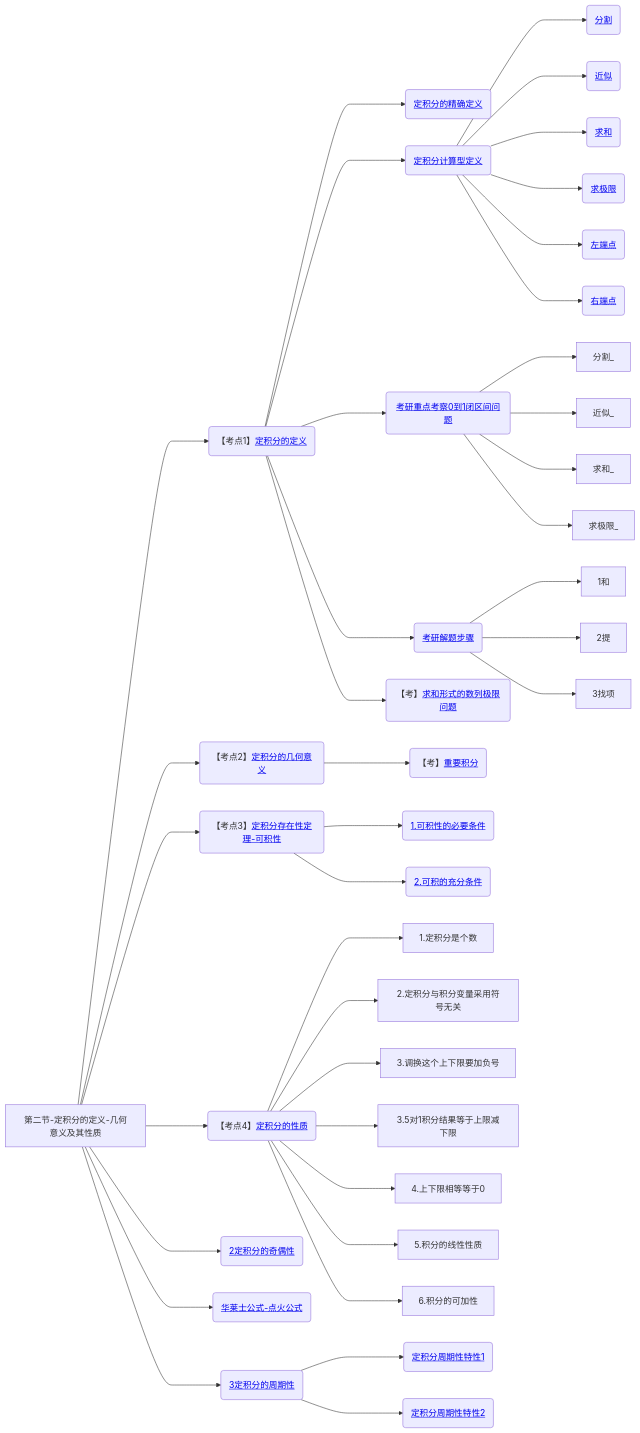
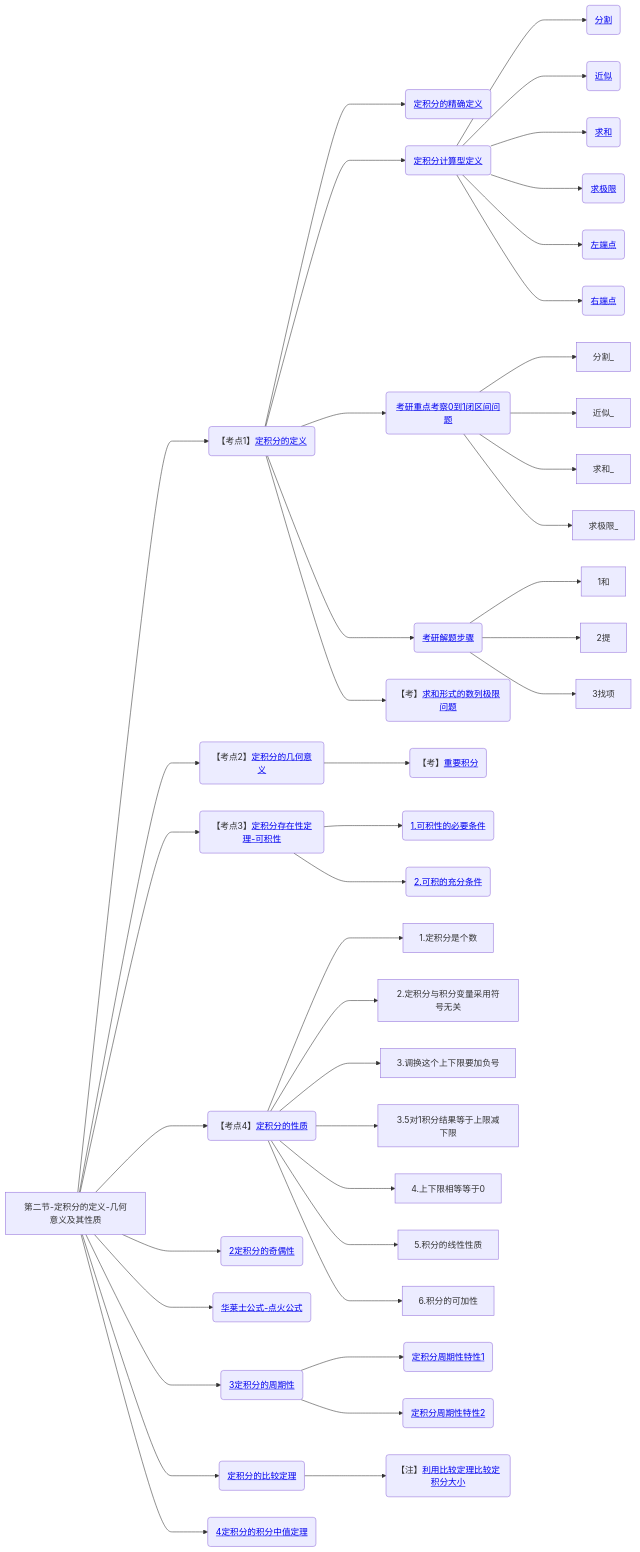
Before and after one commit to yuebinghui/note: diagram 19 of 19 in 笔记/数学/周洋鑫/01.基础班思维导图.md, drawn with Mermaid. The commit also changed 10 other files, not shown here.

````diff
--- a/笔记/数学/周洋鑫/01.基础班思维导图.md
+++ b/笔记/数学/周洋鑫/01.基础班思维导图.md
@@ -694,58 +694,63 @@
 ```mermaid
 graph LR
 第二节-定积分的定义-几何意义及其性质
 
 第二节-定积分的定义-几何意义及其性质--->定积分的定义(【考点1】<a href="/Users/yuebinghui/Documents/program/github/note/笔记/数学/周洋鑫/基础班/21.定积分的定义_1.md#定积分的定义">定积分的定义</>)
 
 定积分的定义--->定积分的精确定义(<a href="/Users/yuebinghui/Documents/program/github/note/笔记/数学/周洋鑫/基础班/21.定积分的定义_1.md#定积分的精确定义">定积分的精确定义</>)
 定积分的精确定义
 定积分的定义--->定积分计算型定义(<a href="/Users/yuebinghui/Documents/program/github/note/笔记/数学/周洋鑫/基础班/21.定积分的定义_1.md#定积分计算型定义">定积分计算型定义</>)
 定积分计算型定义--->分割(<a href="/Users/yuebinghui/Documents/program/github/note/笔记/数学/周洋鑫/基础班/21.定积分的定义_1.md#分割">分割</>)
 定积分计算型定义--->近似(<a href="/Users/yuebinghui/Documents/program/github/note/笔记/数学/周洋鑫/基础班/21.定积分的定义_1.md#近似">近似</>)
 定积分计算型定义--->求和(<a href="/Users/yuebinghui/Documents/program/github/note/笔记/数学/周洋鑫/基础班/21.定积分的定义_1.md#求和">求和</>)
 定积分计算型定义--->求极限(<a href="/Users/yuebinghui/Documents/program/github/note/笔记/数学/周洋鑫/基础班/21.定积分的定义_1.md#求极限">求极限</>)
 定积分计算型定义--->左端点(<a href="/Users/yuebinghui/Documents/program/github/note/笔记/数学/周洋鑫/基础班/21.定积分的定义_1.md#左端点">左端点</>)
 定积分计算型定义--->右端点(<a href="/Users/yuebinghui/Documents/program/github/note/笔记/数学/周洋鑫/基础班/21.定积分的定义_1.md#右端点">右端点</>)
 
 定积分的定义--->考研重点考察0到1闭区间问题(<a href="/Users/yuebinghui/Documents/program/github/note/笔记/数学/周洋鑫/基础班/21.定积分的定义_1.md#考研重点考察0到1闭区间问题">考研重点考察0到1闭区间问题</>)
 考研重点考察0到1闭区间问题--->分割_
 考研重点考察0到1闭区间问题--->近似_
 考研重点考察0到1闭区间问题--->求和_
 考研重点考察0到1闭区间问题--->求极限_
 
 定积分的定义--->考研解题步骤(<a href="/Users/yuebinghui/Documents/program/github/note/笔记/数学/周洋鑫/基础班/21.定积分的定义_1.md#考研解题步骤">考研解题步骤</>)
 考研解题步骤--->1和
 考研解题步骤--->2提
 考研解题步骤--->3找项
 
 定积分的定义--->求和形式的数列极限问题(【考】<a href="/Users/yuebinghui/Documents/program/github/note/笔记/数学/周洋鑫/基础班/21.定积分的定义_1.md#求和形式的数列极限问题">求和形式的数列极限问题</>)
 
 第二节-定积分的定义-几何意义及其性质--->定积分的几何意义(【考点2】<a href="/Users/yuebinghui/Documents/program/github/note/笔记/数学/周洋鑫/基础班/21.定积分的定义_1.md#定积分的几何意义">定积分的几何意义</>)
 定积分的几何意义--->重要积分(【考】<a href="/Users/yuebinghui/Documents/program/github/note/笔记/数学/周洋鑫/基础班/21.定积分的定义_1.md#重要积分">重要积分</>)
 
 第二节-定积分的定义-几何意义及其性质--->定积分存在性定理-可积性(【考点3】<a href="/Users/yuebinghui/Documents/program/github/note/笔记/数学/周洋鑫/基础班/21.定积分的定义_1.md#定积分存在性定理-可积性">定积分存在性定理-可积性</>)
 定积分存在性定理-可积性--->1.可积性的必要条件(<a href="/Users/yuebinghui/Documents/program/github/note/笔记/数学/周洋鑫/基础班/21.定积分的定义_1.md#1.可积性的必要条件">1.可积性的必要条件</>)
 定积分存在性定理-可积性--->2.可积的充分条件(<a href="/Users/yuebinghui/Documents/program/github/note/笔记/数学/周洋鑫/基础班/21.定积分的定义_1.md#2.可积的充分条件">2.可积的充分条件</>)
 
 
 第二节-定积分的定义-几何意义及其性质--->定积分的性质(【考点4】<a href="/Users/yuebinghui/Documents/program/github/note/笔记/数学/周洋鑫/基础班/21.定积分的定义_1.md#定积分的性质">定积分的性质</>)
 
 定积分的性质--->1.定积分是个数
 定积分的性质--->2.定积分与积分变量采用符号无关
 定积分的性质--->3.调换这个上下限要加负号
 定积分的性质--->3.5对1积分结果等于上限减下限
 定积分的性质--->4.上下限相等等于0
 定积分的性质--->5.积分的线性性质
 定积分的性质--->6.积分的可加性
 
 第二节-定积分的定义-几何意义及其性质--->2定积分的奇偶性(<a href="/Users/yuebinghui/Documents/program/github/note/笔记/数学/周洋鑫/基础班/21.定积分的定义_1.md#2定积分的奇偶性">2定积分的奇偶性</>)
 
 第二节-定积分的定义-几何意义及其性质--->华莱士公式-点火公式(<a href="/Users/yuebinghui/Documents/program/github/note/笔记/数学/周洋鑫/基础班/21.定积分的定义_1.md#华莱士公式-点火公式">华莱士公式-点火公式</>)
 
 第二节-定积分的定义-几何意义及其性质--->3定积分的周期性(<a href="/Users/yuebinghui/Documents/program/github/note/笔记/数学/周洋鑫/基础班/21.定积分的定义_1.md#3定积分的周期性">3定积分的周期性</>)
 
 3定积分的周期性--->定积分周期性特性1(<a href="/Users/yuebinghui/Documents/program/github/note/笔记/数学/周洋鑫/基础班/21.定积分的定义_1.md#定积分周期性特性1">定积分周期性特性1</>)
 3定积分的周期性--->定积分周期性特性2(<a href="/Users/yuebinghui/Documents/program/github/note/笔记/数学/周洋鑫/基础班/21.定积分的定义_1.md#定积分周期性特性2">定积分周期性特性2</>)
 
+第二节-定积分的定义-几何意义及其性质--->定积分的比较定理(<a href="/Users/yuebinghui/Documents/program/github/note/笔记/数学/周洋鑫/基础班/21.定积分的定义_1.md#定积分的比较定理">定积分的比较定理</>)
+定积分的比较定理--->利用比较定理比较定积分大小(【注】<a href="/Users/yuebinghui/Documents/program/github/note/笔记/数学/周洋鑫/基础班/21.定积分的定义_1.md#利用比较定理比较定积分大小">利用比较定理比较定积分大小</>)
+
+第二节-定积分的定义-几何意义及其性质--->4定积分的积分中值定理(<a href="/Users/yuebinghui/Documents/program/github/note/笔记/数学/周洋鑫/基础班/21.定积分的定义_1.md#4定积分的积分中值定理">4定积分的积分中值定理</>)
+
 
 ```
````
